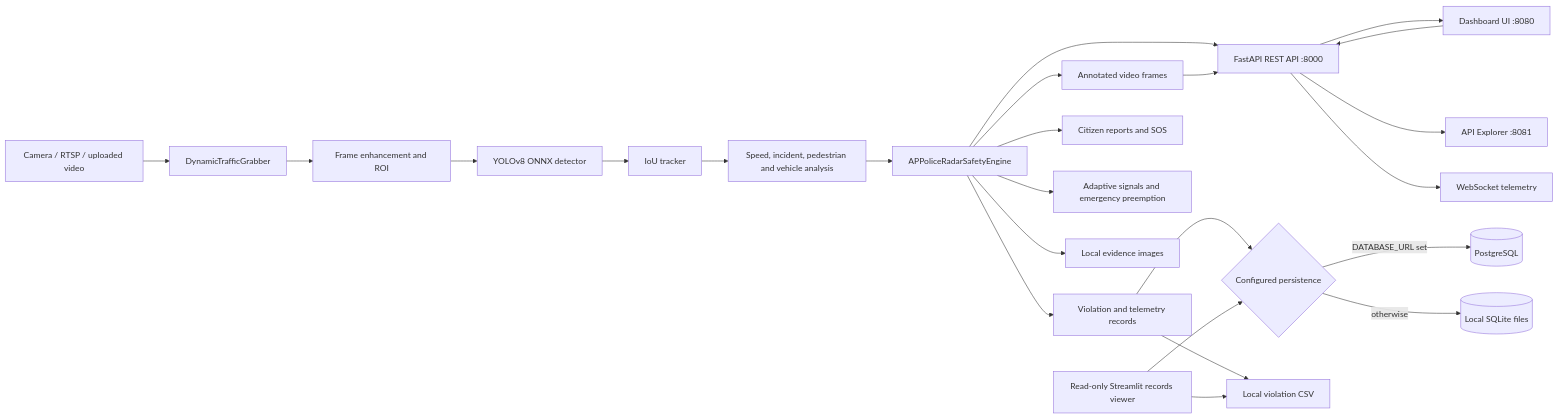
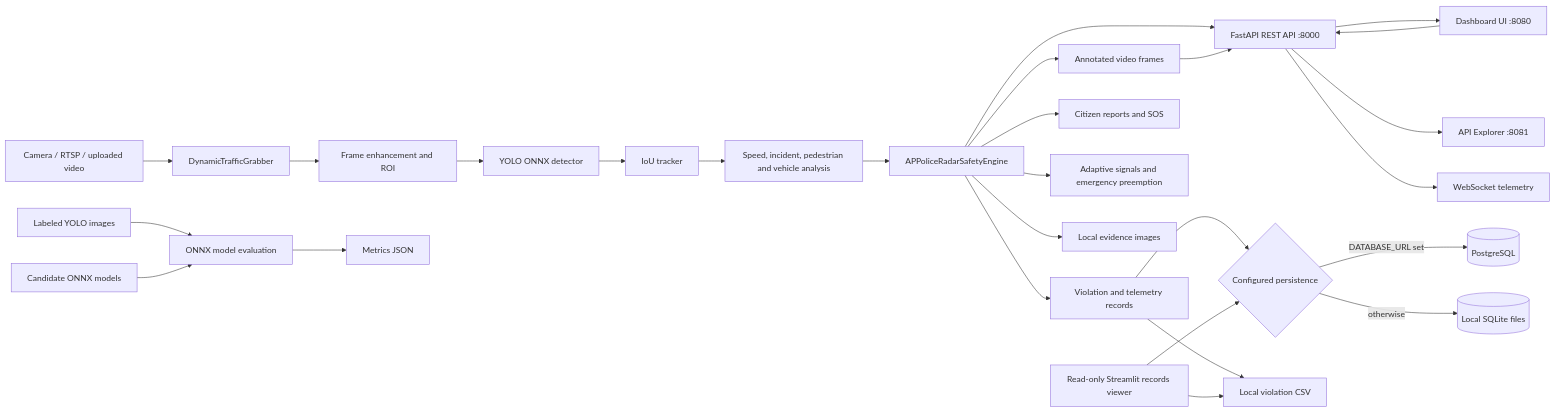
The diagram in ARCHITECTURE.md (venkata-sai-01/capstone-project), drawn with Mermaid before and after one commit. The commit also changed other lines of this file and 8 other files, not shown here.

Commit message:
Add YOLO model evaluation workflow

````diff
--- a/ARCHITECTURE.md
+++ b/ARCHITECTURE.md
@@ -9,28 +9,32 @@
 ```mermaid
 flowchart LR
     Camera[Camera / RTSP / uploaded video] --> Capture[DynamicTrafficGrabber]
     Capture --> Vision[Frame enhancement and ROI]
-    Vision --> Detector[YOLOv8 ONNX detector]
+    Vision --> Detector[YOLO ONNX detector]
     Detector --> Tracker[IoU tracker]
     Tracker --> Safety[Speed, incident, pedestrian and vehicle analysis]
     Safety --> Engine[APPoliceRadarSafetyEngine]
     Engine --> Annotated[Annotated video frames]
     Engine --> Records[Violation and telemetry records]
     Engine --> Portal[Citizen reports and SOS]
     Engine --> Signals[Adaptive signals and emergency preemption]
 
     Engine --> API[FastAPI REST API :8000]
     Annotated --> API
     API --> Browser[Dashboard UI :8080]
     API --> Explorer[API Explorer :8081]
     API --> WS[WebSocket telemetry]
     Browser --> API
 
     Records --> DB{Configured persistence}
     DB -->|DATABASE_URL set| PostgreSQL[(PostgreSQL)]
     DB -->|otherwise| SQLite[(Local SQLite files)]
     Records --> CSV[Local violation CSV]
     Engine --> Files[Local evidence images]
     Streamlit[Read-only Streamlit records viewer] --> DB
     Streamlit --> CSV
+
+    EvalData[Labeled YOLO images] --> Eval[ONNX model evaluation]
+    ModelFiles[Candidate ONNX models] --> Eval
+    Eval --> EvalReport[Metrics JSON]
 ```
````
